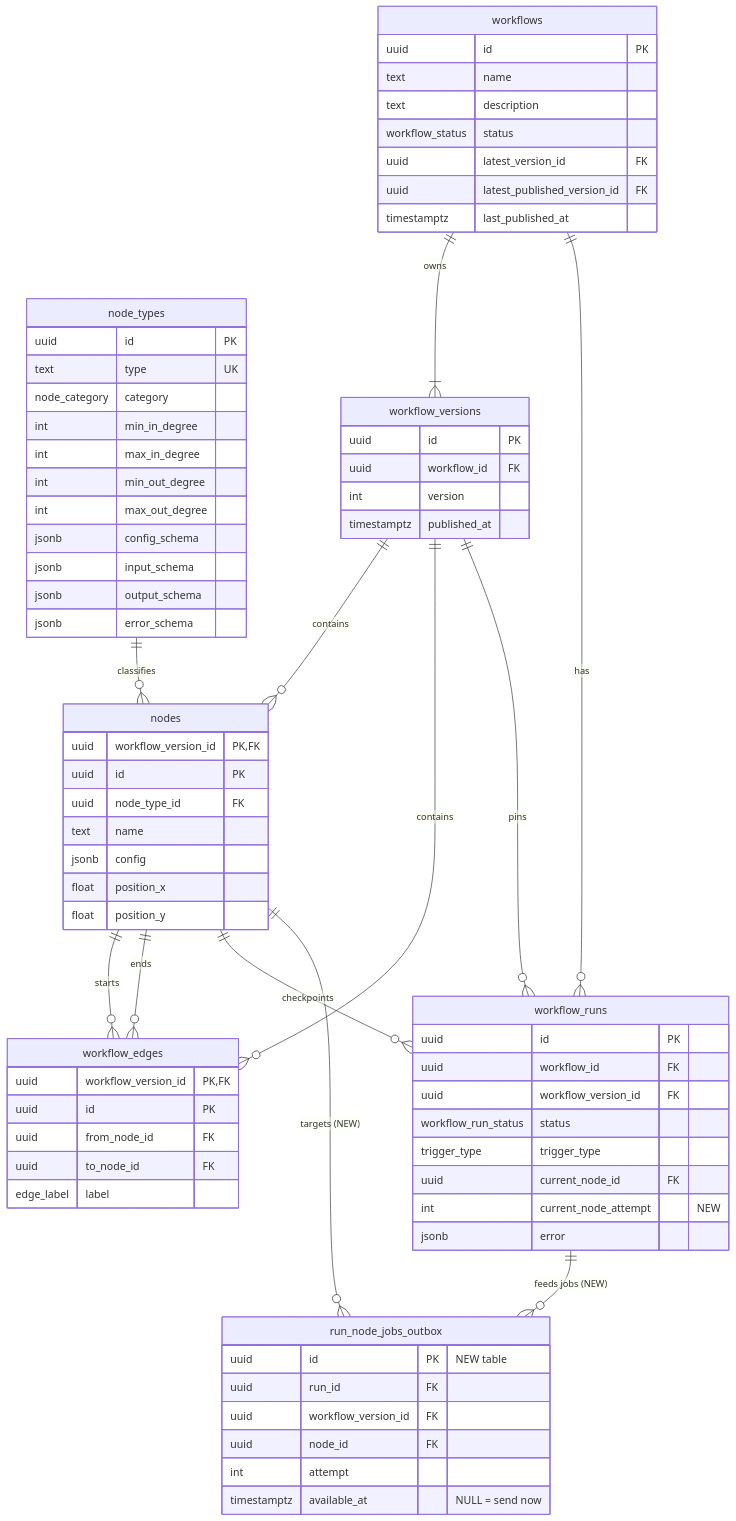
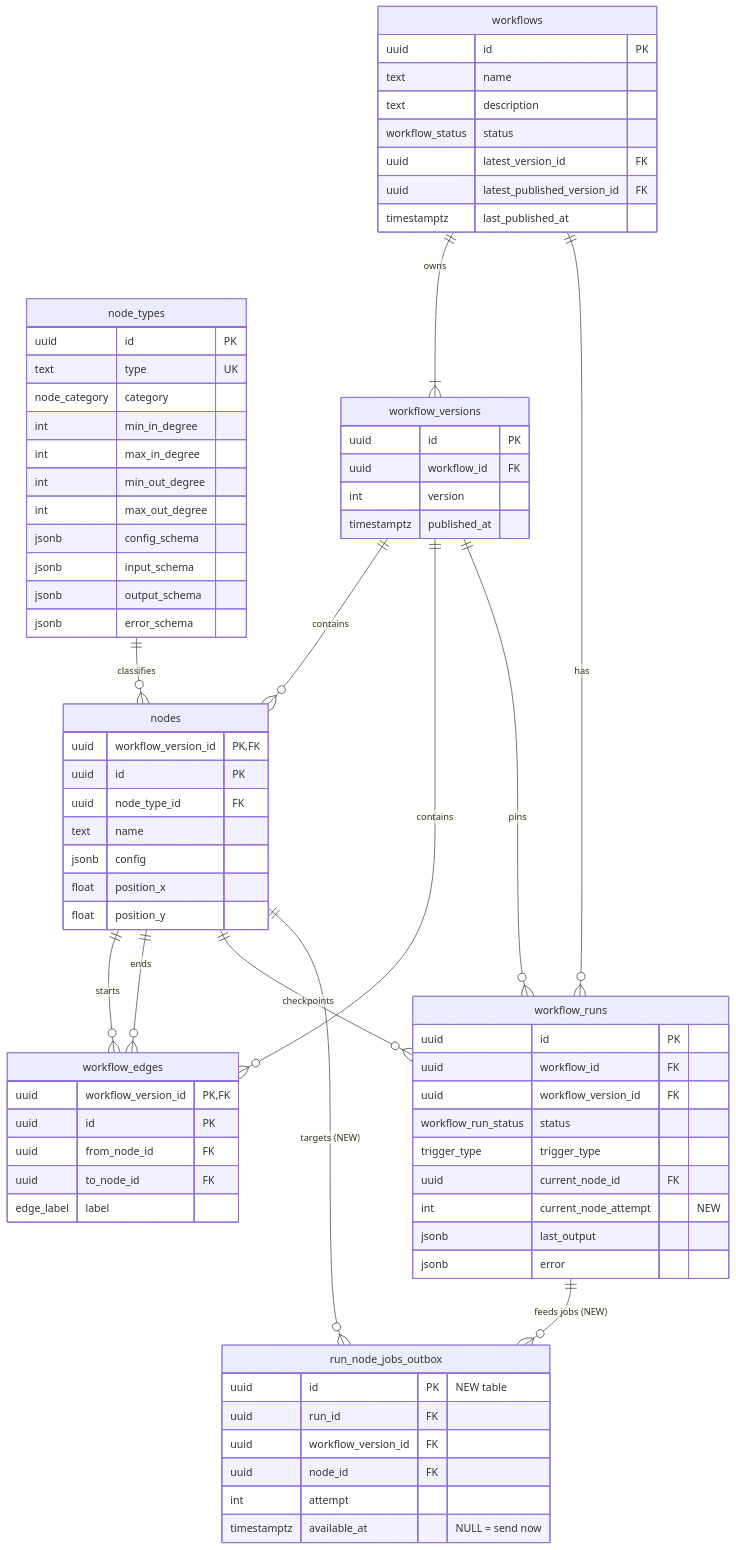
One commit to Nabhag8848/orchex changed the tenth of 22 diagrams in docs/README.md. Above: the diagram before and after it, drawn with Mermaid. The commit also changed other lines of this file and 3 other files, not shown here.

First line of the commit message:
Add workflow run tables with last_output for hop-to-hop data.

```diff
--- a/docs/README.md
+++ b/docs/README.md
@@ -1468,6 +1478,7 @@
         trigger_type trigger_type
         uuid current_node_id FK
         int current_node_attempt "NEW"
+        jsonb last_output
         jsonb error
     }
 
```
